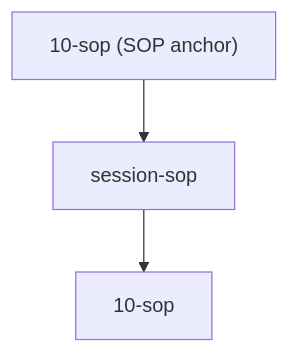
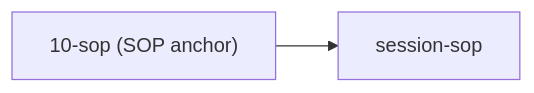
The diagram in dist/session/0.1.0/bridge/16-bridge.md (Memo-Init/spec), drawn with Mermaid before and after one commit. The commit also changed other lines of this file and 178 other files, not shown here.

Commit message:
Compact + reorder bridge graph views M058-01

````diff
--- a/dist/session/0.1.0/bridge/16-bridge.md
+++ b/dist/session/0.1.0/bridge/16-bridge.md
@@ -291,8 +17,6 @@
 ```mermaid
-flowchart TD
+flowchart LR
     sop["10-sop (SOP anchor)"]
     sk_session_sop["session-sop"]
-    ch_n_10_sop["10-sop"]
     sop --> sk_session_sop
-    sk_session_sop --> ch_n_10_sop
 ```
````
